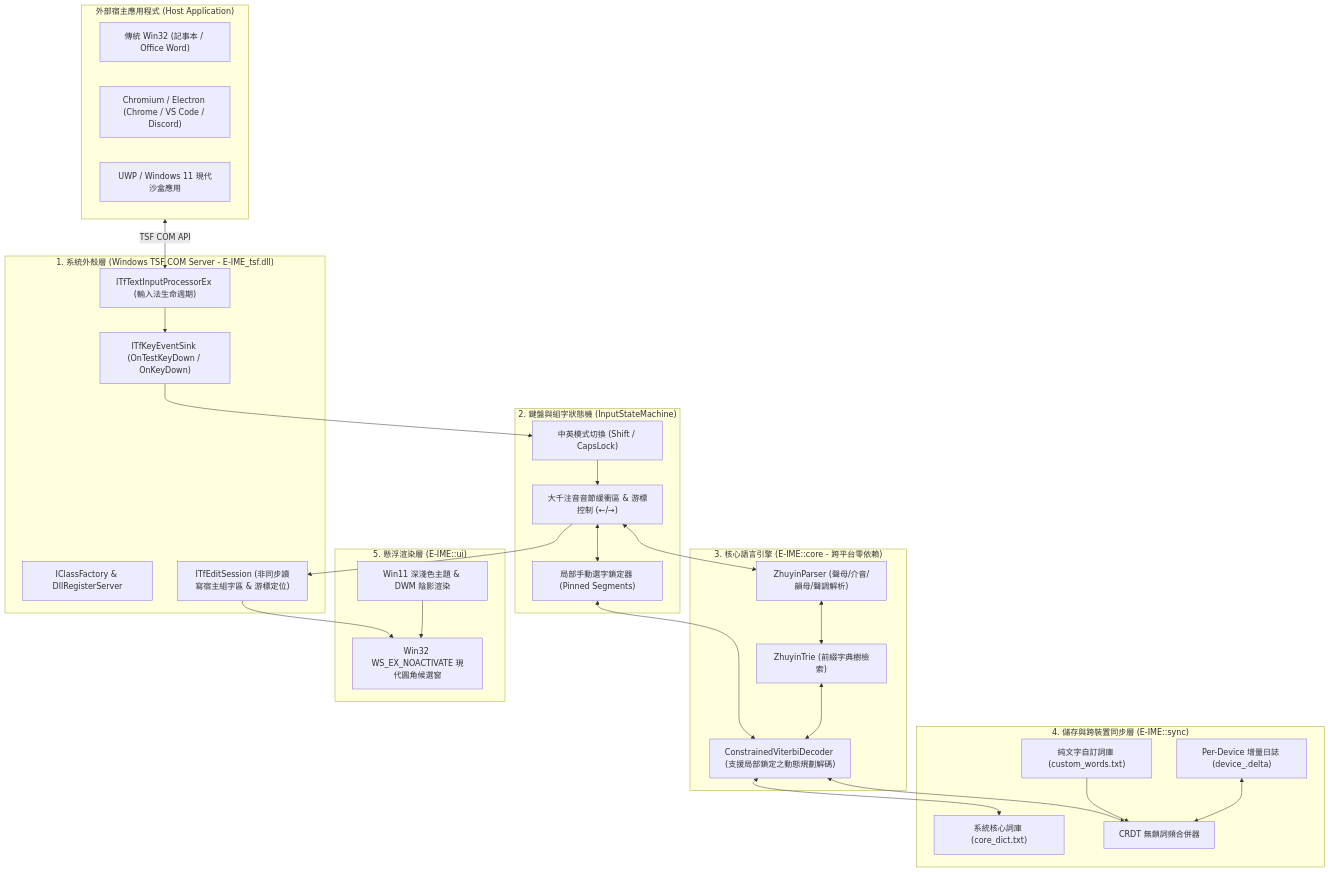
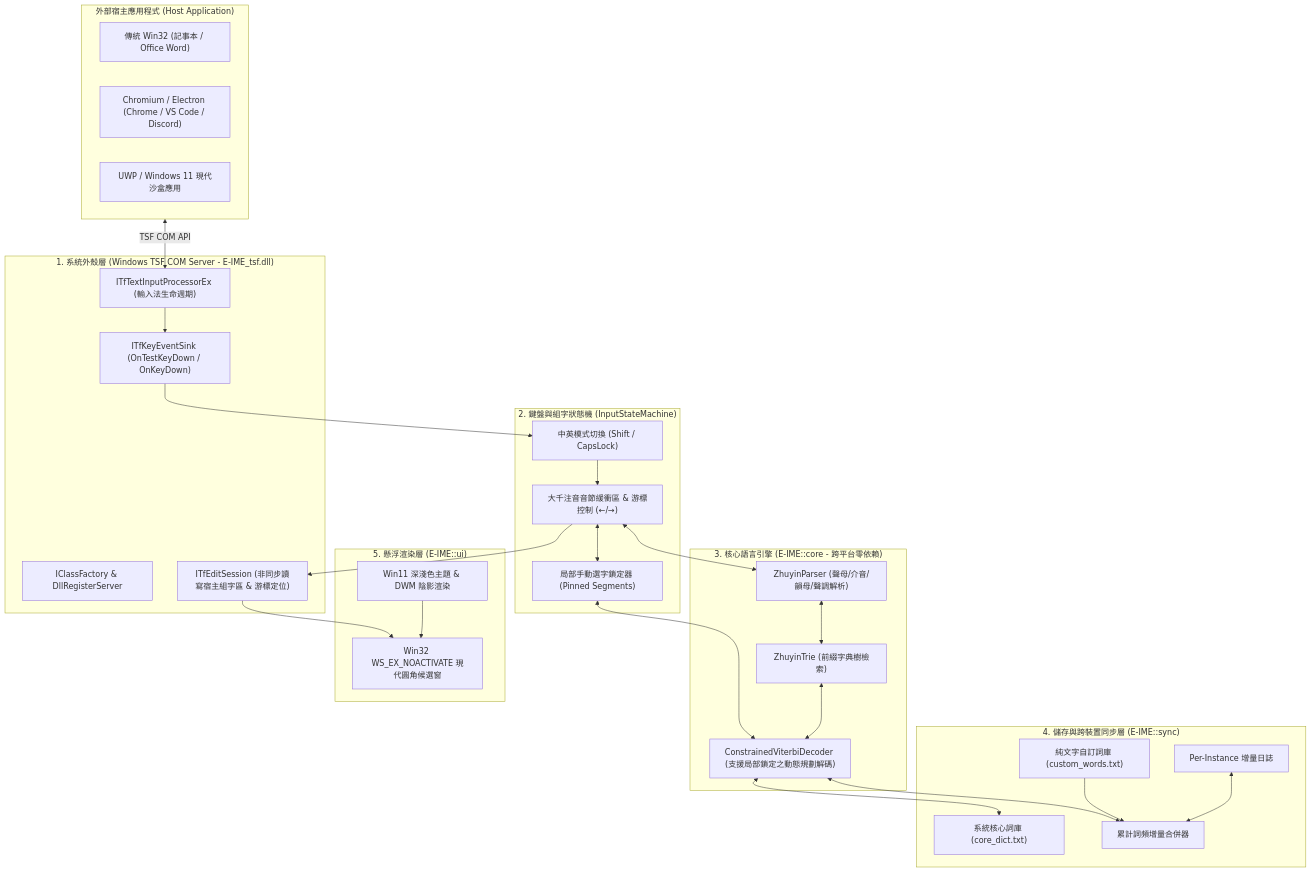
Before and after one commit to vmjoejoe3396408-afk/E-IME: the diagram in docs/ARCHITECTURE.md, drawn with Mermaid. The commit also changed other lines of this file and 28 other files, not shown here.

````diff
--- a/docs/ARCHITECTURE.md
+++ b/docs/ARCHITECTURE.md
@@ -30,56 +30,56 @@
 ```mermaid
 graph TD
     subgraph HostApp ["外部宿主應用程式 (Host Application)"]
         Win32["傳統 Win32 (記事本 / Office Word)"]
         Chromium["Chromium / Electron (Chrome / VS Code / Discord)"]
         UWP["UWP / Windows 11 現代沙盒應用"]
     end
 
     subgraph TSF_Layer ["1. 系統外殼層 (Windows TSF COM Server - E-IME_tsf.dll)"]
         Factory["IClassFactory & DllRegisterServer"]
         TIP["ITfTextInputProcessorEx (輸入法生命週期)"]
         KeySink["ITfKeyEventSink (OnTestKeyDown / OnKeyDown)"]
         EditSession["ITfEditSession (非同步讀寫宿主組字區 & 游標定位)"]
     end
 
     subgraph State_Layer ["2. 鍵盤與組字狀態機 (InputStateMachine)"]
         ModeMgr["中英模式切換 (Shift / CapsLock)"]
         SyllableBuf["大千注音音節緩衝區 & 游標控制 (←/→)"]
         PinMgr["局部手動選字鎖定器 (Pinned Segments)"]
     end
 
     subgraph Core_Layer ["3. 核心語言引擎 (E-IME::core - 跨平台零依賴)"]
         Parser["ZhuyinParser (聲母/介音/韻母/聲調解析)"]
         Trie["ZhuyinTrie (前綴字典樹檢索)"]
         Viterbi["ConstrainedViterbiDecoder (支援局部鎖定之動態規劃解碼)"]
     end
 
     subgraph Sync_Layer ["4. 儲存與跨裝置同步層 (E-IME::sync)"]
         SysDict["系統核心詞庫 (core_dict.txt)"]
         UserDict["純文字自訂詞庫 (custom_words.txt)"]
-        DeltaLog["Per-Device 增量日誌 (device_<id>.delta)"]
-        Merger["CRDT 無鎖詞頻合併器"]
+        DeltaLog["Per-Instance 增量日誌"]
+        Merger["累計詞頻增量合併器"]
     end
 
     subgraph UI_Layer ["5. 懸浮渲染層 (E-IME::ui)"]
         CandWnd["Win32 WS_EX_NOACTIVATE 現代圓角候選窗"]
         Theme["Win11 深淺色主題 & DWM 陰影渲染"]
     end
 
     HostApp <-->|TSF COM API| TIP
     TIP --> KeySink
     KeySink --> ModeMgr
     ModeMgr --> SyllableBuf
     SyllableBuf <--> PinMgr
     SyllableBuf <--> Parser
     Parser <--> Trie
     PinMgr <--> Viterbi
     Trie <--> Viterbi
     Viterbi <--> SysDict
     Viterbi <--> Merger
     UserDict --> Merger
     DeltaLog <--> Merger
     SyllableBuf --> EditSession
     EditSession --> CandWnd
     Theme --> CandWnd
 ```
````
